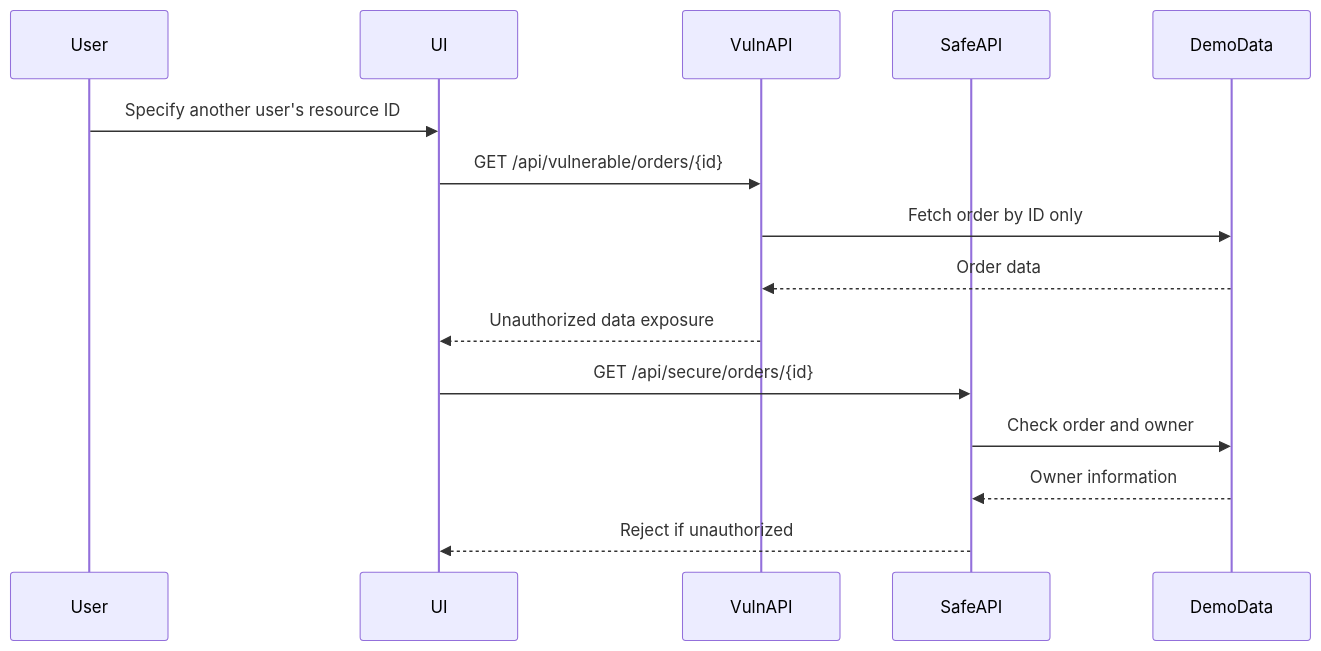
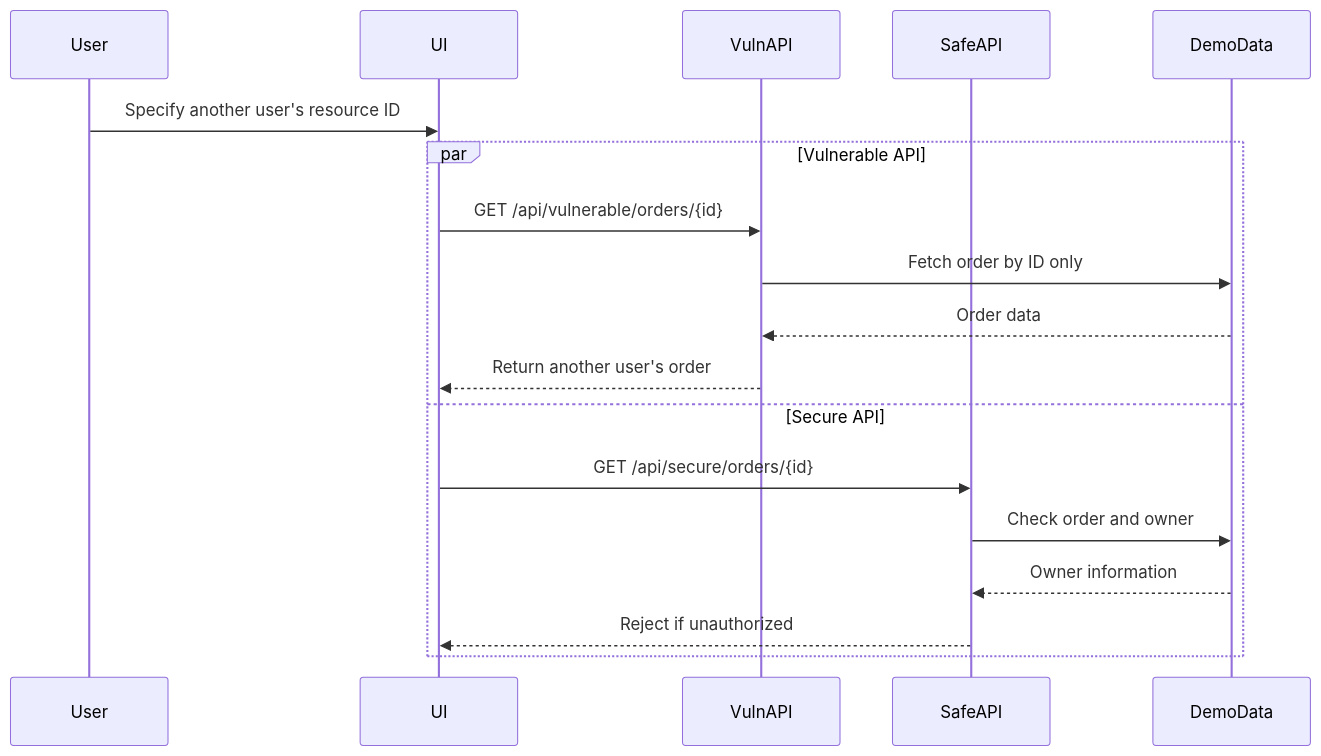
One commit to kiryu1211/api-security-lab-platform changed the third of 8 diagrams in docs/design.en.md. Above: the diagram before and after it, drawn with Mermaid. The commit also changed other lines of this file and 22 other files, not shown here.

````diff
--- a/docs/design.en.md
+++ b/docs/design.en.md
@@ -76,18 +73,21 @@
 ```mermaid
 sequenceDiagram
     participant User
     participant UI
     participant VulnAPI
     participant SafeAPI
     participant DemoData
 
     User->>UI: Specify another user's resource ID
-    UI->>VulnAPI: GET /api/vulnerable/orders/{id}
-    VulnAPI->>DemoData: Fetch order by ID only
-    DemoData-->>VulnAPI: Order data
-    VulnAPI-->>UI: Unauthorized data exposure
-    UI->>SafeAPI: GET /api/secure/orders/{id}
-    SafeAPI->>DemoData: Check order and owner
-    DemoData-->>SafeAPI: Owner information
-    SafeAPI-->>UI: Reject if unauthorized
+    par Vulnerable API
+        UI->>VulnAPI: GET /api/vulnerable/orders/{id}
+        VulnAPI->>DemoData: Fetch order by ID only
+        DemoData-->>VulnAPI: Order data
+        VulnAPI-->>UI: Return another user's order
+    and Secure API
+        UI->>SafeAPI: GET /api/secure/orders/{id}
+        SafeAPI->>DemoData: Check order and owner
+        DemoData-->>SafeAPI: Owner information
+        SafeAPI-->>UI: Reject if unauthorized
+    end
 ```
````
